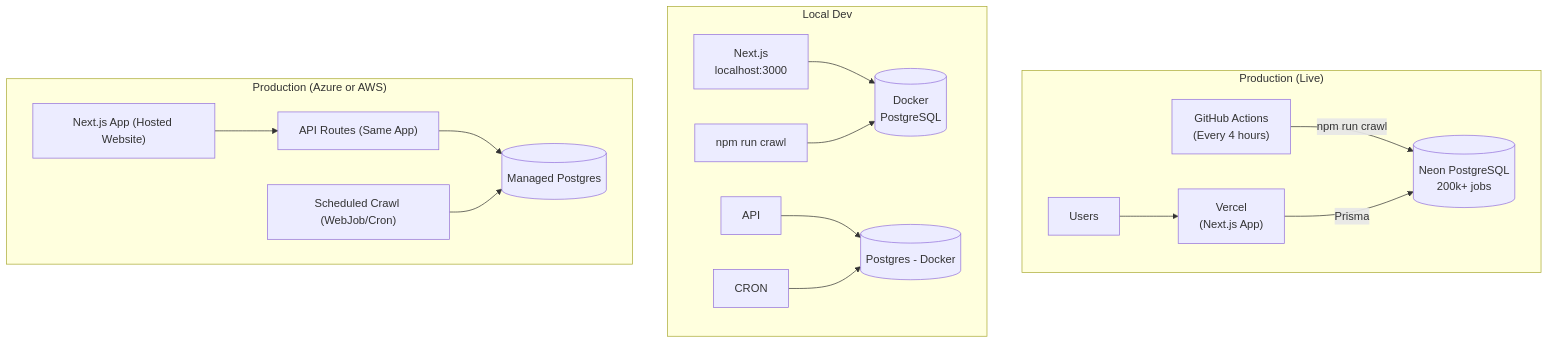
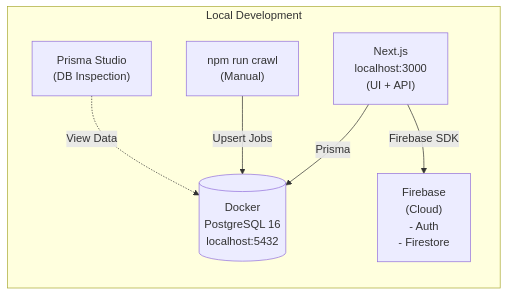
The first of 2 diagrams in README.md (jonahr4/InternAtlas), drawn with Mermaid before and after one commit. The commit also changed other lines of this file, not shown here.

````diff
--- a/README.md
+++ b/README.md
@@ -116,21 +149,14 @@
 ```mermaid
-flowchart TD
-  subgraph Production["Production (Live)"]
-    GH["GitHub Actions\n(Every 4 hours)"] -->|npm run crawl| NEON[("Neon PostgreSQL\n200k+ jobs")]
-    VERCEL["Vercel\n(Next.js App)"] -->|Prisma| NEON
-    USER["Users"] --> VERCEL
-  end
-  
-  subgraph Local["Local Dev"]
-    DEV["Next.js\nlocalhost:3000"] --> DOCKER[("Docker\nPostgreSQL")]
-    CRAWL["npm run crawl"] --> DOCKER
-    API --> DB[(Postgres - Docker)]
-    CRON --> DB
-  end
-
-  subgraph Prod["Production (Azure or AWS)"]
-    WEB["Next.js App (Hosted Website)"] --> API2["API Routes (Same App)"]
-    API2 --> DB2[(Managed Postgres)]
-    SCHED["Scheduled Crawl (WebJob/Cron)"] --> DB2
+flowchart LR
+  subgraph Local["Local Development"]
+    DEV["Next.js\nlocalhost:3000\n(UI + API)"]
+    DOCKER[("Docker\nPostgreSQL 16\nlocalhost:5432")]
+    FB["Firebase\n(Cloud)\n- Auth\n- Firestore"]
+    
+    DEV -->|Prisma| DOCKER
+    DEV -->|Firebase SDK| FB
+    
+    CRAWL["npm run crawl\n(Manual)"] -->|Upsert Jobs| DOCKER
+    STUDIO["Prisma Studio\n(DB Inspection)"] -.->|View Data| DOCKER
   end
 ```
````
